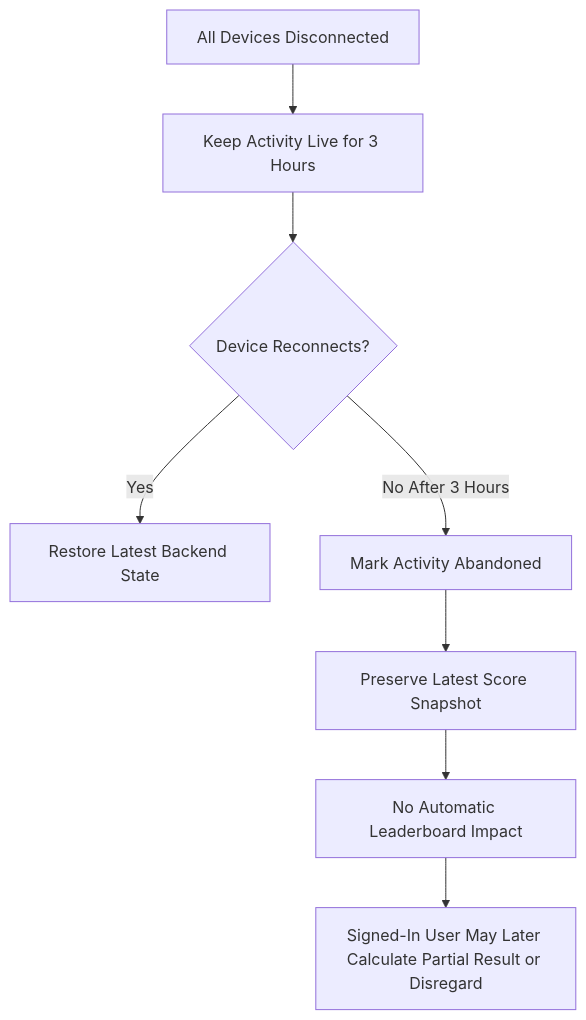
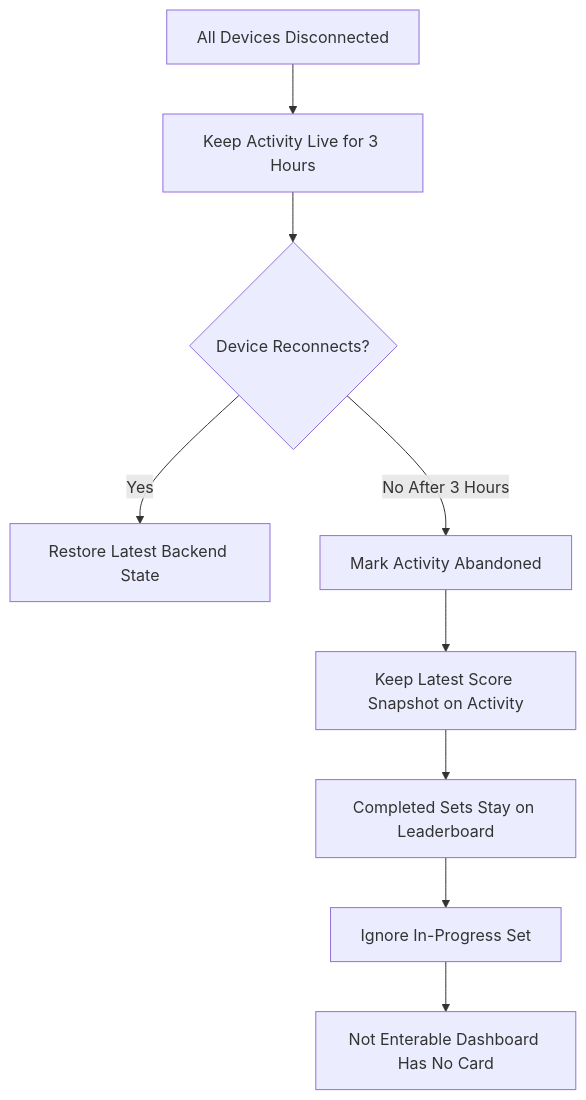
The tenth of 25 diagrams in docs/04-project-diagrams.md (yogzis/Padel-Mate), drawn with Mermaid before and after one commit. The commit also changed other lines of this file and 10 other files, not shown here.

Commit message:
Keep finished and abandoned activities as history, not live sessions.

````diff
--- a/docs/04-project-diagrams.md
+++ b/docs/04-project-diagrams.md
@@ -234,10 +236,11 @@
 ```mermaid
 flowchart TD
   A[All Devices Disconnected] --> B[Keep Activity Live for 3 Hours]
   B --> C{Device Reconnects?}
   C -->|Yes| D[Restore Latest Backend State]
   C -->|No After 3 Hours| E[Mark Activity Abandoned]
-  E --> F[Preserve Latest Score Snapshot]
-  F --> G[No Automatic Leaderboard Impact]
-  G --> H[Signed-In User May Later Calculate Partial Result or Disregard]
+  E --> F[Keep Latest Score Snapshot on Activity]
+  F --> G[Completed Sets Stay on Leaderboard]
+  G --> H[Ignore In-Progress Set]
+  H --> I[Not Enterable Dashboard Has No Card]
 ```
````
